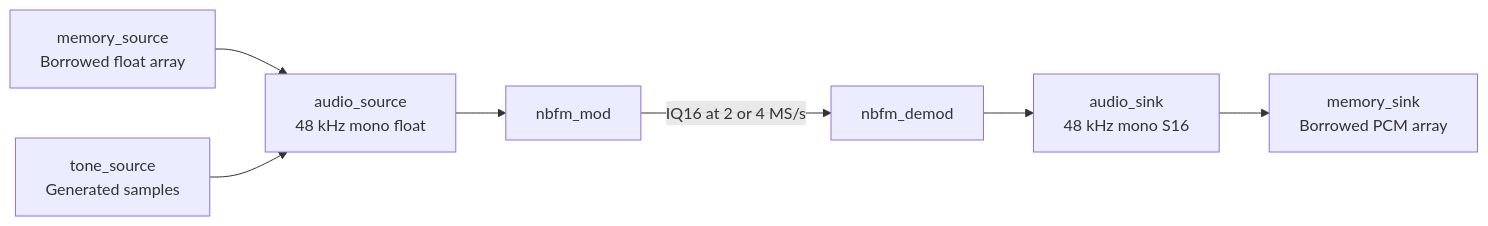
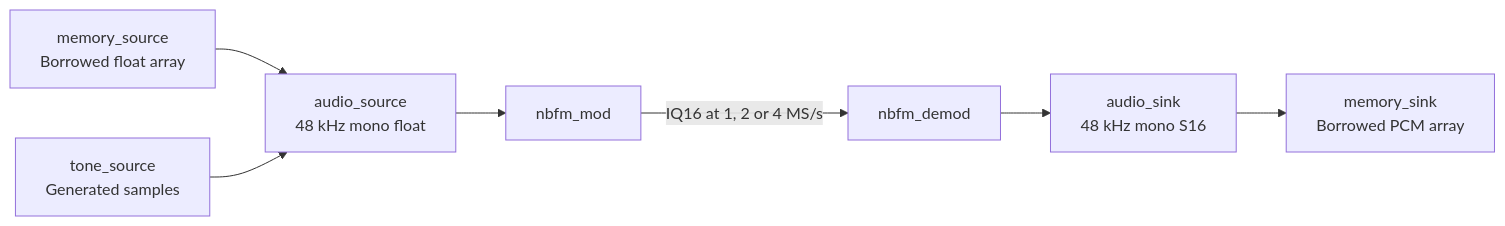
Before and after one commit to Habraken/cariboulite: the second of 2 diagrams in docs/audio-dsp-interfaces.md, drawn with Mermaid. The commit also changed other lines of this file and 33 other files, not shown here.

````diff
--- a/docs/audio-dsp-interfaces.md
+++ b/docs/audio-dsp-interfaces.md
@@ -127,9 +127,9 @@
 ```mermaid
 flowchart LR
     memory["memory_source<br/>Borrowed float array"] --> source["audio_source<br/>48 kHz mono float"]
     tone["tone_source<br/>Generated samples"] --> source
     source --> mod["nbfm_mod"]
-    mod -->|"IQ16 at 2 or 4 MS/s"| demod["nbfm_demod"]
+    mod -->|"IQ16 at 1, 2 or 4 MS/s"| demod["nbfm_demod"]
     demod --> sink["audio_sink<br/>48 kHz mono S16"]
     sink --> output["memory_sink<br/>Borrowed PCM array"]
 ```
````
